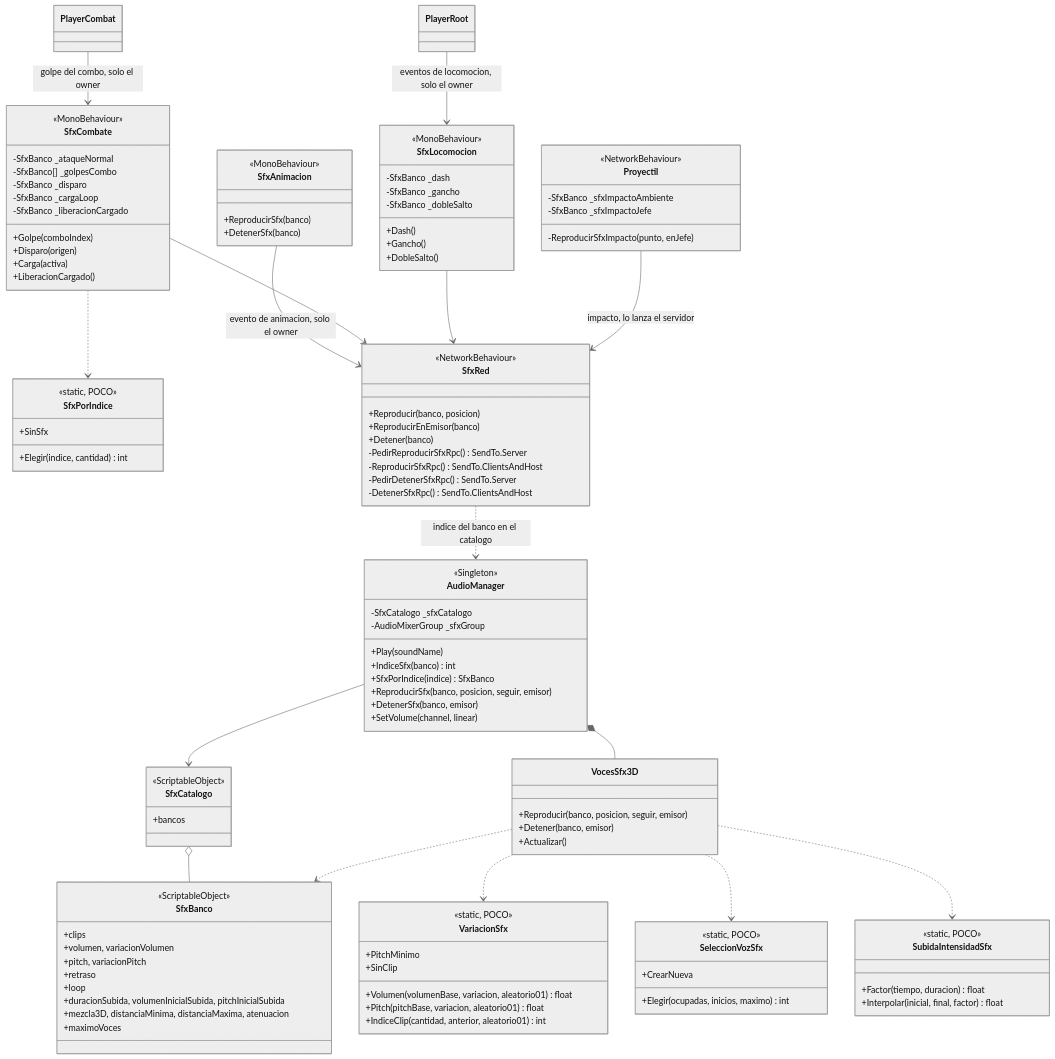
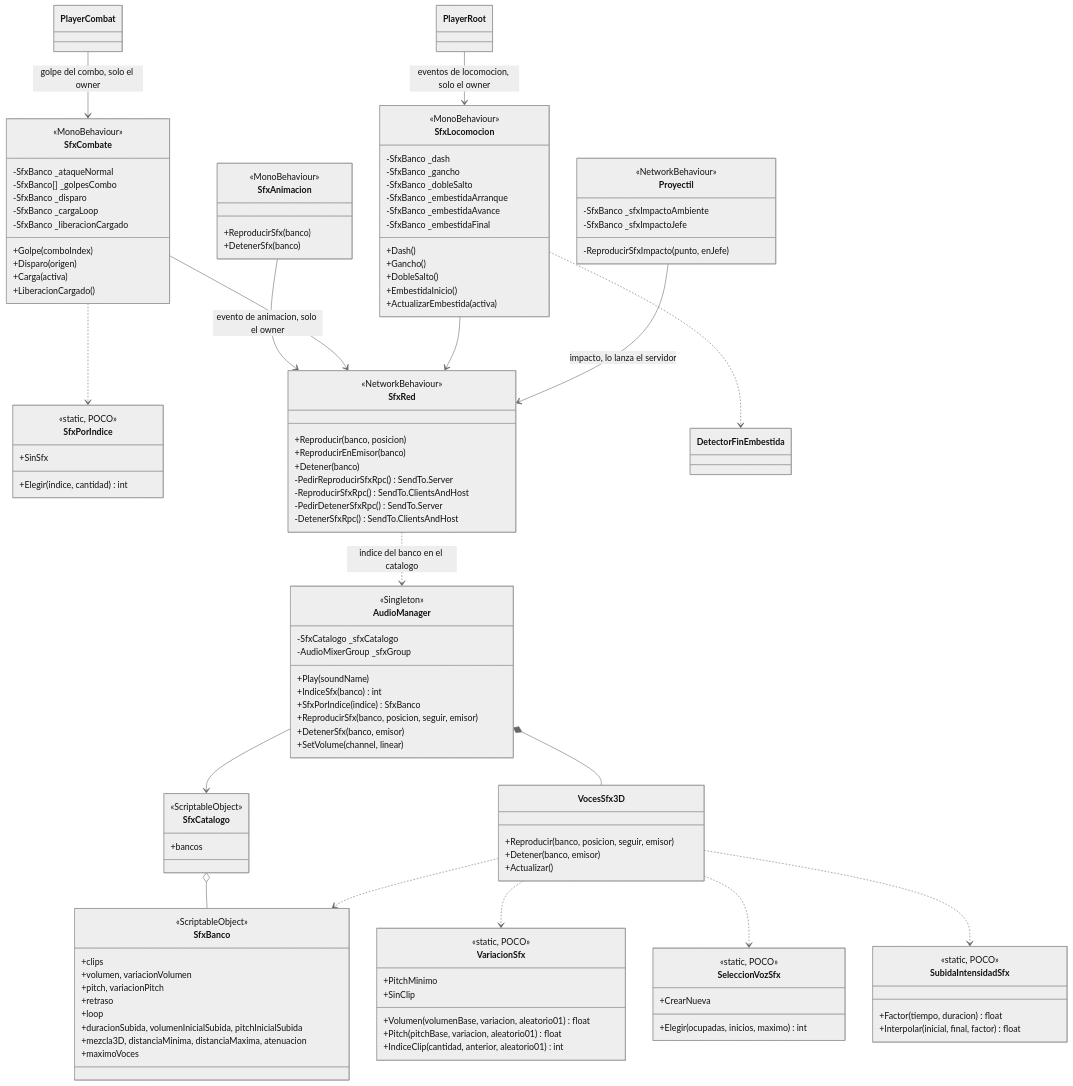
Before and after one commit to VicBojoDev10/DeathOfMeaningRepo: the diagram in docs/diagrams/audio.mermaid, drawn with Mermaid (neutral theme).

Commit message:
doc: add charge dash sounds to the audio diagram

```diff
--- a/docs/diagrams/audio.mermaid
+++ b/docs/diagrams/audio.mermaid
@@ -1,125 +1,131 @@
 classDiagram
     class VariacionSfx {
         <<static, POCO>>
         +PitchMinimo
         +SinClip
         +Volumen(volumenBase, variacion, aleatorio01) float
         +Pitch(pitchBase, variacion, aleatorio01) float
         +IndiceClip(cantidad, anterior, aleatorio01) int
     }
 
     class SeleccionVozSfx {
         <<static, POCO>>
         +CrearNueva
         +Elegir(ocupadas, inicios, maximo) int
     }
 
     class SfxPorIndice {
         <<static, POCO>>
         +SinSfx
         +Elegir(indice, cantidad) int
     }
 
     class SfxCombate {
         <<MonoBehaviour>>
         -SfxBanco _ataqueNormal
         -SfxBanco[] _golpesCombo
         -SfxBanco _disparo
         -SfxBanco _cargaLoop
         -SfxBanco _liberacionCargado
         +Golpe(comboIndex)
         +Disparo(origen)
         +Carga(activa)
         +LiberacionCargado()
     }
 
     class SfxLocomocion {
         <<MonoBehaviour>>
         -SfxBanco _dash
         -SfxBanco _gancho
         -SfxBanco _dobleSalto
+        -SfxBanco _embestidaArranque
+        -SfxBanco _embestidaAvance
+        -SfxBanco _embestidaFinal
         +Dash()
         +Gancho()
         +DobleSalto()
+        +EmbestidaInicio()
+        +ActualizarEmbestida(activa)
     }
 
     class Proyectil {
         <<NetworkBehaviour>>
         -SfxBanco _sfxImpactoAmbiente
         -SfxBanco _sfxImpactoJefe
         -ReproducirSfxImpacto(punto, enJefe)
     }
 
     class SubidaIntensidadSfx {
         <<static, POCO>>
         +Factor(tiempo, duracion) float
         +Interpolar(inicial, final, factor) float
     }
 
     class SfxBanco {
         <<ScriptableObject>>
         +clips
         +volumen, variacionVolumen
         +pitch, variacionPitch
         +retraso
         +loop
         +duracionSubida, volumenInicialSubida, pitchInicialSubida
         +mezcla3D, distanciaMinima, distanciaMaxima, atenuacion
         +maximoVoces
     }
 
     class SfxCatalogo {
         <<ScriptableObject>>
         +bancos
     }
 
     class AudioManager {
         <<Singleton>>
         -SfxCatalogo _sfxCatalogo
         -AudioMixerGroup _sfxGroup
         +Play(soundName)
         +IndiceSfx(banco) int
         +SfxPorIndice(indice) SfxBanco
         +ReproducirSfx(banco, posicion, seguir, emisor)
         +DetenerSfx(banco, emisor)
         +SetVolume(channel, linear)
     }
 
     class VocesSfx3D {
         +Reproducir(banco, posicion, seguir, emisor)
         +Detener(banco, emisor)
         +Actualizar()
     }
 
     class SfxRed {
         <<NetworkBehaviour>>
         +Reproducir(banco, posicion)
         +ReproducirEnEmisor(banco)
         +Detener(banco)
         -PedirReproducirSfxRpc() SendTo.Server
         -ReproducirSfxRpc() SendTo.ClientsAndHost
         -PedirDetenerSfxRpc() SendTo.Server
         -DetenerSfxRpc() SendTo.ClientsAndHost
     }
 
     class SfxAnimacion {
         <<MonoBehaviour>>
         +ReproducirSfx(banco)
         +DetenerSfx(banco)
     }
 
     SfxCatalogo o-- SfxBanco
     AudioManager --> SfxCatalogo
     AudioManager *-- VocesSfx3D
     VocesSfx3D ..> VariacionSfx
     VocesSfx3D ..> SeleccionVozSfx
     VocesSfx3D ..> SfxBanco
     SfxRed ..> AudioManager : indice del banco en el catalogo
     SfxAnimacion --> SfxRed : evento de animacion, solo el owner
     PlayerCombat --> SfxCombate : golpe del combo, solo el owner
     SfxCombate ..> SfxPorIndice
     SfxCombate --> SfxRed
     VocesSfx3D ..> SubidaIntensidadSfx
     PlayerRoot --> SfxLocomocion : eventos de locomocion, solo el owner
     SfxLocomocion --> SfxRed
     Proyectil --> SfxRed : impacto, lo lanza el servidor
+    SfxLocomocion ..> DetectorFinEmbestida
```
